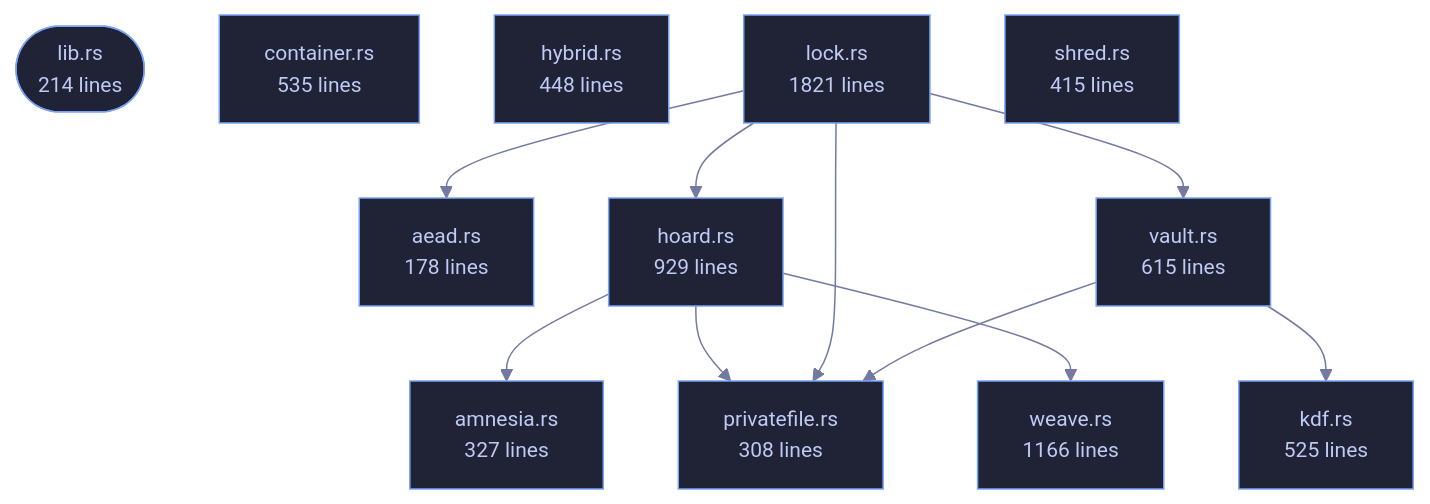
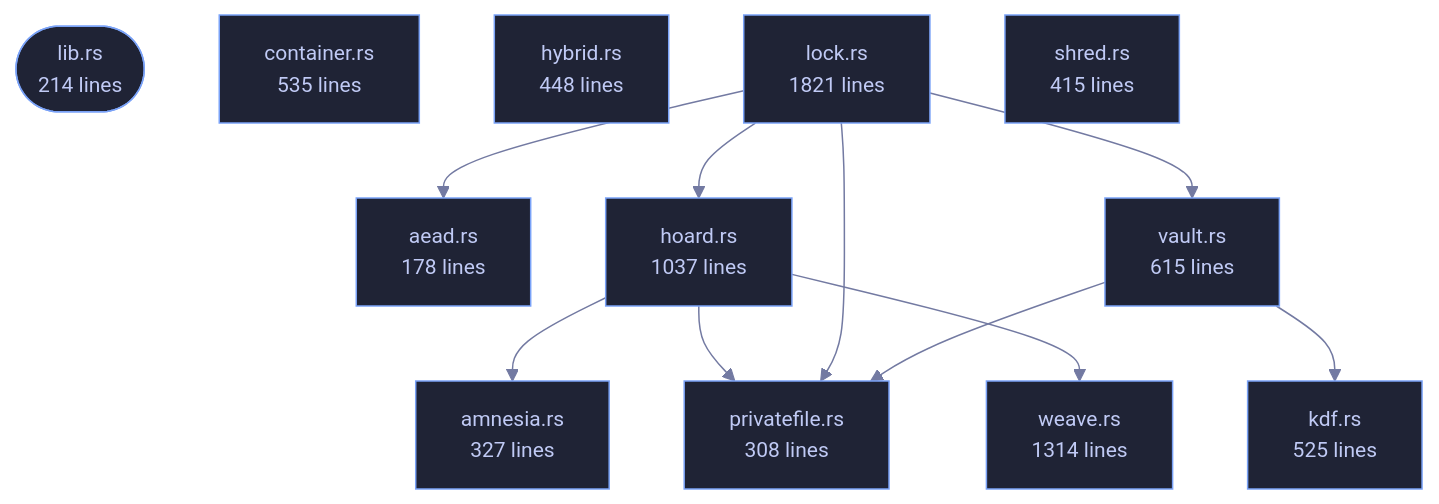
One commit to tilas01/veilvoice changed the diagram in crates/veilvoice-crypto/README.md. Above: the diagram before and after it, drawn with Mermaid. The commit also changed other lines of this file and 55 other files, not shown here.

````diff
--- a/crates/veilvoice-crypto/README.md
+++ b/crates/veilvoice-crypto/README.md
@@ -108,37 +108,37 @@
 ```mermaid
 %%{init: {"theme":"base","themeVariables":{"background":"#1a1b26","primaryColor":"#1f2335","primaryTextColor":"#c0caf5","primaryBorderColor":"#7aa2f7","secondaryColor":"#16161e","tertiaryColor":"#16161e","lineColor":"#737aa2","textColor":"#c0caf5","mainBkg":"#1f2335","nodeBorder":"#7aa2f7","clusterBkg":"#16161e","clusterBorder":"#2f3549","fontFamily":"ui-monospace, SFMono-Regular, Consolas, monospace","fontSize":"14px"}}}%%
 flowchart TD
     n_lib(["lib.rs<br/>214 lines"])
     n_aead["aead.rs<br/>178 lines"]
     n_amnesia["amnesia.rs<br/>327 lines"]
     n_container["container.rs<br/>535 lines"]
-    n_hoard["hoard.rs<br/>929 lines"]
+    n_hoard["hoard.rs<br/>1037 lines"]
     n_hybrid["hybrid.rs<br/>448 lines"]
     n_kdf["kdf.rs<br/>525 lines"]
     n_lock["lock.rs<br/>1821 lines"]
     n_privatefile["privatefile.rs<br/>308 lines"]
     n_shred["shred.rs<br/>415 lines"]
     n_vault["vault.rs<br/>615 lines"]
-    n_weave["weave.rs<br/>1166 lines"]
+    n_weave["weave.rs<br/>1314 lines"]
     n_hoard --> n_amnesia
     n_hoard --> n_privatefile
     n_hoard --> n_weave
     n_lock --> n_aead
     n_lock --> n_hoard
     n_lock --> n_privatefile
     n_lock --> n_vault
     n_vault --> n_kdf
     n_vault --> n_privatefile
     click n_lib href "https://github.com/tilas01/veilvoice/blob/main/crates/veilvoice-crypto/src/lib.rs" "open the source"
     click n_aead href "https://github.com/tilas01/veilvoice/blob/main/crates/veilvoice-crypto/src/aead.rs" "open the source"
     click n_amnesia href "https://github.com/tilas01/veilvoice/blob/main/crates/veilvoice-crypto/src/amnesia.rs" "open the source"
     click n_container href "https://github.com/tilas01/veilvoice/blob/main/crates/veilvoice-crypto/src/container.rs" "open the source"
     click n_hoard href "https://github.com/tilas01/veilvoice/blob/main/crates/veilvoice-crypto/src/hoard.rs" "open the source"
     click n_hybrid href "https://github.com/tilas01/veilvoice/blob/main/crates/veilvoice-crypto/src/hybrid.rs" "open the source"
     click n_kdf href "https://github.com/tilas01/veilvoice/blob/main/crates/veilvoice-crypto/src/kdf.rs" "open the source"
     click n_lock href "https://github.com/tilas01/veilvoice/blob/main/crates/veilvoice-crypto/src/lock.rs" "open the source"
     click n_privatefile href "https://github.com/tilas01/veilvoice/blob/main/crates/veilvoice-crypto/src/privatefile.rs" "open the source"
     click n_shred href "https://github.com/tilas01/veilvoice/blob/main/crates/veilvoice-crypto/src/shred.rs" "open the source"
     click n_vault href "https://github.com/tilas01/veilvoice/blob/main/crates/veilvoice-crypto/src/vault.rs" "open the source"
     click n_weave href "https://github.com/tilas01/veilvoice/blob/main/crates/veilvoice-crypto/src/weave.rs" "open the source"
 ```
````
